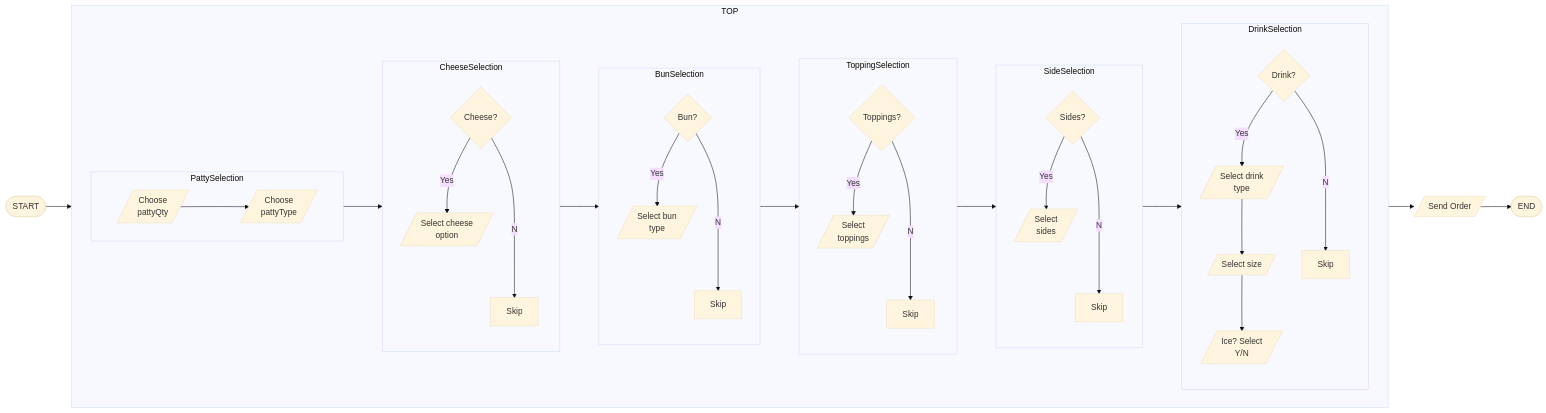
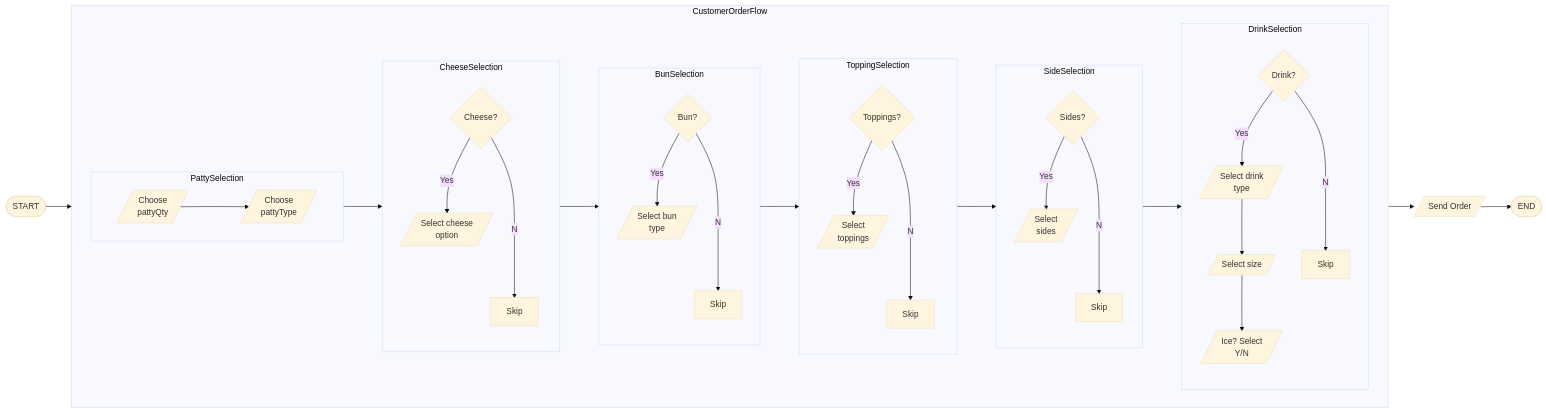
Before and after one commit to yusale9/student-showcase: the diagram in student-work/2023/Melissa-Ligertwood/api-final-project/readme.md, drawn with Mermaid (base theme).

Commit message:
Add graph title

````diff
--- a/student-work/2023/Melissa-Ligertwood/api-final-project/readme.md
+++ b/student-work/2023/Melissa-Ligertwood/api-final-project/readme.md
@@ -3,46 +3,46 @@
 ```mermaid
 flowchart LR
-  subgraph TOP
+  subgraph CustomerOrderFlow
     direction LR
     subgraph PattySelection
         direction LR
         C[/Choose <br> pattyQty/] -->D[/Choose <br> pattyType/]
     end
     subgraph CheeseSelection
         direction TB
         E{Cheese?} --Yes-->F[/Select cheese <br> option/]
         E{Cheese?} --No-->W[Skip]
 
     end
     subgraph BunSelection
         direction TB
         G{Bun?} --Yes-->H[/Select bun <br> type/]
         G{Bun?} --No-->X[Skip]
     end
 subgraph ToppingSelection
         direction TB
         I{Toppings?} --Yes-->J[/Select <br> toppings/]
         I{Toppings?} --No-->Y[Skip]
     end
 subgraph SideSelection
         direction TB
         K{Sides?} --Yes-->L[/Select <br> sides/]
         K{Sides?} --No-->Z[Skip]
     end
 subgraph DrinkSelection
         direction TB
         M{Drink?} --Yes-->N[/Select drink <br> type/] -->O[/Select size/] -->P[/Ice? Select <br> Y/N/]
         M{Drink?} --No-->ZZ[Skip]
         
     end 
   end
-  A([START]) -->TOP
+  A([START]) -->CustomerOrderFlow
   PattySelection --> CheeseSelection
   CheeseSelection -->BunSelection
   BunSelection -->ToppingSelection
   ToppingSelection -->SideSelection
   SideSelection -->DrinkSelection
-TOP -->Q[/Send Order/] -->B([END])
+  CustomerOrderFlow -->Q[/Send Order/] -->B([END])
 
   
 ```
````
